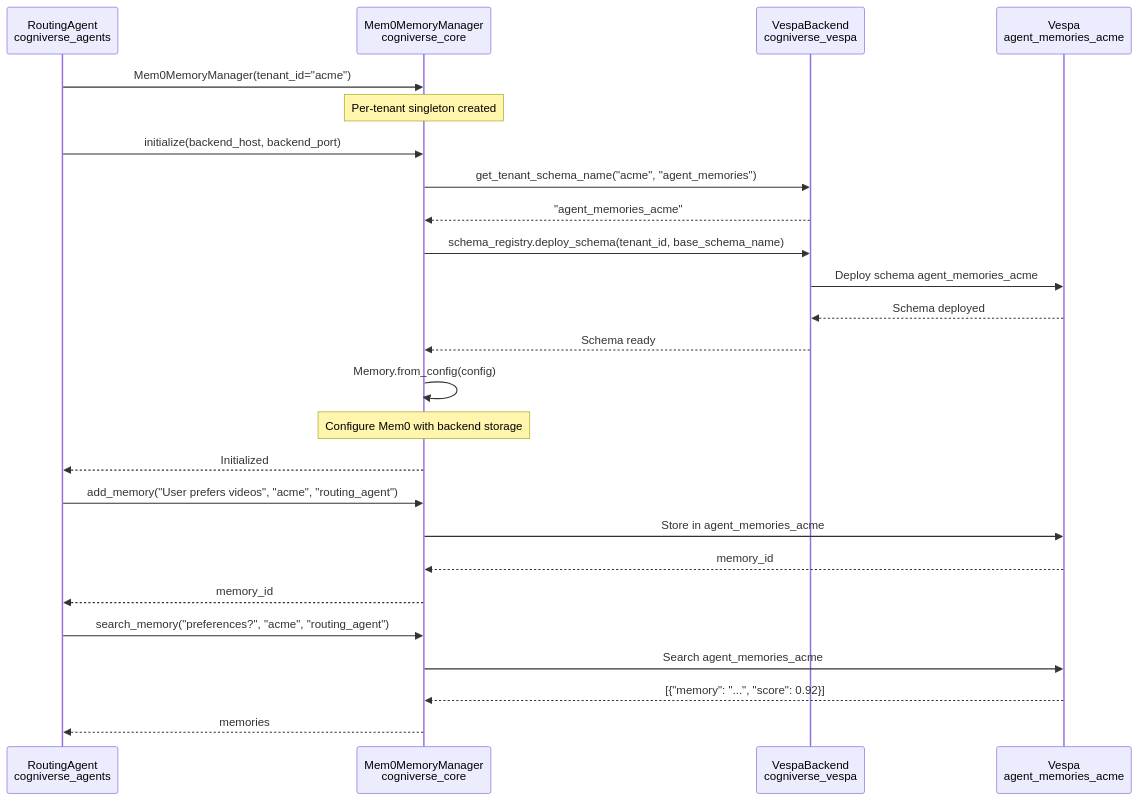
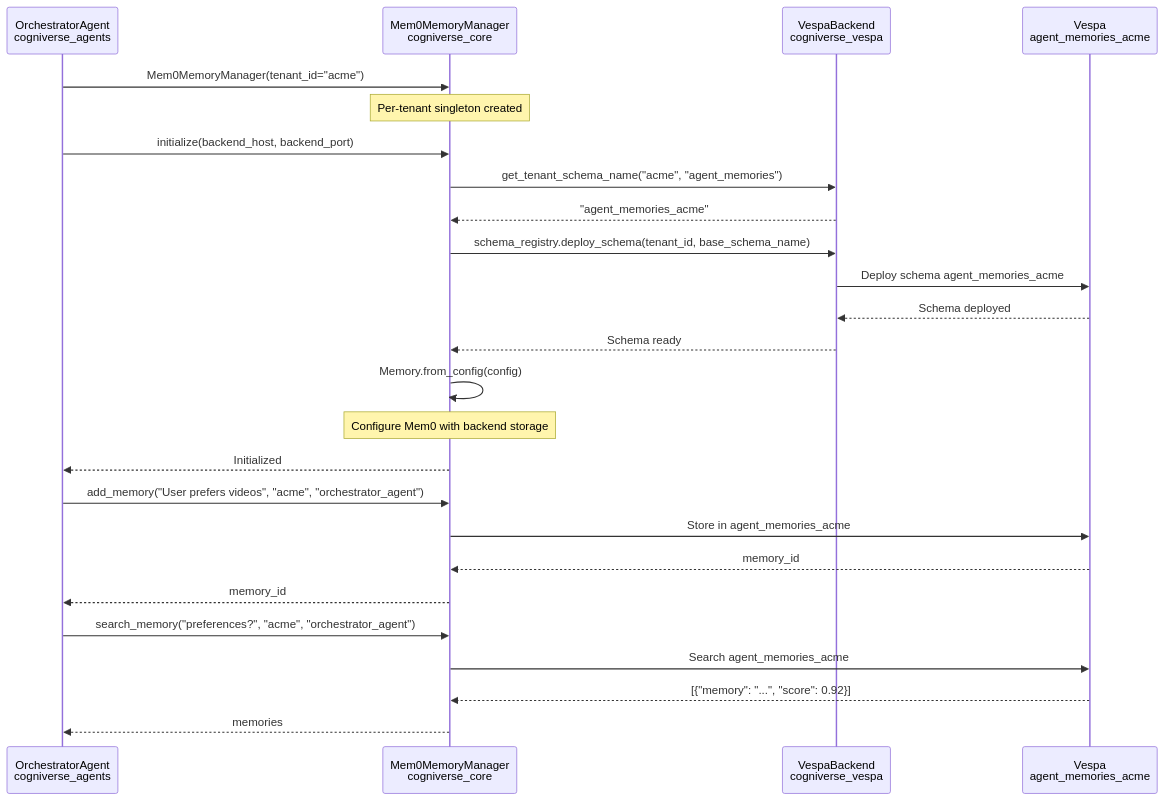
One commit to amit-jain/cogniverse changed the fourth of 4 diagrams in docs/modules/common.md. Above: the diagram before and after it, drawn with Mermaid. The commit also changed other lines of this file and 75 other files, not shown here.

First line of the commit message:
Remove RoutingAgent and replace with OrchestratorAgent dispatch

````diff
--- a/docs/modules/common.md
+++ b/docs/modules/common.md
@@ -581,31 +581,31 @@
 ```mermaid
 sequenceDiagram
-    participant Agent as RoutingAgent<br/>cogniverse_agents
+    participant Agent as OrchestratorAgent<br/>cogniverse_agents
     participant MemMgr as Mem0MemoryManager<br/>cogniverse_core
     participant Backend as VespaBackend<br/>cogniverse_vespa
     participant Vespa as Vespa<br/>agent_memories_acme
 
     Agent->>MemMgr: Mem0MemoryManager(tenant_id="acme")
     Note over MemMgr: Per-tenant singleton created
 
     Agent->>MemMgr: initialize(backend_host, backend_port)
     MemMgr->>Backend: get_tenant_schema_name("acme", "agent_memories")
     Backend-->>MemMgr: "agent_memories_acme"
     MemMgr->>Backend: schema_registry.deploy_schema(tenant_id, base_schema_name)
     Backend->>Vespa: Deploy schema agent_memories_acme
     Vespa-->>Backend: Schema deployed
     Backend-->>MemMgr: Schema ready
     MemMgr->>MemMgr: Memory.from_config(config)
     Note over MemMgr: Configure Mem0 with backend storage
     MemMgr-->>Agent: Initialized
 
-    Agent->>MemMgr: add_memory("User prefers videos", "acme", "routing_agent")
+    Agent->>MemMgr: add_memory("User prefers videos", "acme", "orchestrator_agent")
     MemMgr->>Vespa: Store in agent_memories_acme
     Vespa-->>MemMgr: memory_id
     MemMgr-->>Agent: memory_id
 
-    Agent->>MemMgr: search_memory("preferences?", "acme", "routing_agent")
+    Agent->>MemMgr: search_memory("preferences?", "acme", "orchestrator_agent")
     MemMgr->>Vespa: Search agent_memories_acme
     Vespa-->>MemMgr: [{"memory": "...", "score": 0.92}]
     MemMgr-->>Agent: memories
 ```
````
